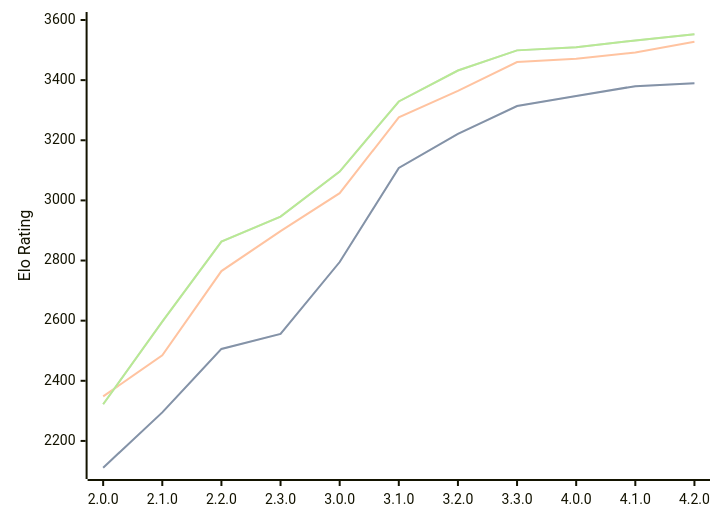
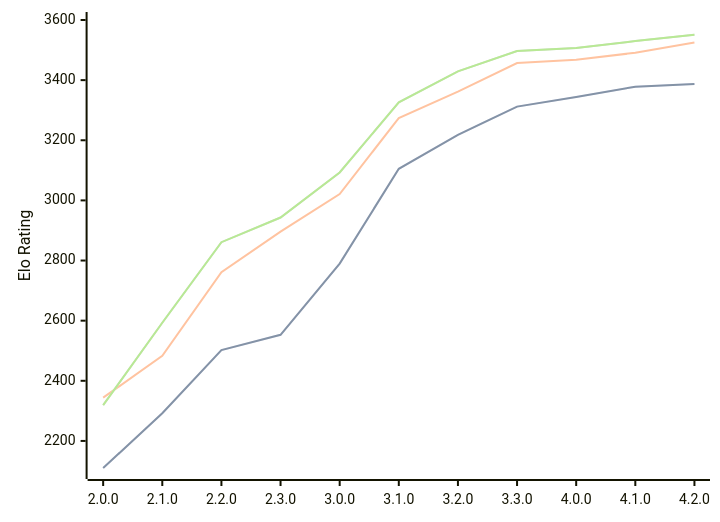
One commit to computer-chess-index/cci changed the diagram in engines/Raphael.md. Above: the diagram before and after it, drawn with Mermaid. The commit also changed other lines of this file, not shown here.

Commit message:
Update CCI Ratings (ELO VLTC) - 2026-08-12

````diff
--- a/engines/Raphael.md
+++ b/engines/Raphael.md
@@ -41,11 +41,11 @@
 ```mermaid
 %%{init: {"theme":"base","themeVariables":{"seriesColors:['#a3a3a3','#222221','#faa371']}}}%%
 xychart-beta
   x-axis ["2.0.0", "2.1.0", "2.2.0", "2.3.0", "3.0.0", "3.1.0", "3.2.0", "3.3.0", "4.0.0", "4.1.0", "4.2.0"]
   y-axis "Elo Rating" 2100 --> 3600
-  line "STC (8.0+0.08s)" [2111, 2295, 2506, 2556, 2795, 3108, 3221, 3314, 3347, 3380, 3390]
-  line "STC (8.0+0.08s)" [2111, 2295, 2506, 2556, 2795, 3108, 3221, 3314, 3347, 3380, 3390]
-  line "LTC (60.0+0.60s)" [2348, 2485, 2765, 2898, 3024, 3276, 3364, 3460, 3471, 3492, 3528]
-  line "VLTC (2m24s+1.12s)" [2322, 2597, 2863, 2946, 3096, 3329, 3432, 3499, 3509, 3532, 3553]
-  line "VLTC (2m24s+1.12s)" [2322, 2597, 2863, 2946, 3096, 3329, 3432, 3499, 3509, 3532, 3553]
+  line "STC (8.0+0.08s)" [2110, 2292, 2502, 2553, 2790, 3105, 3218, 3312, 3344, 3378, 3387]
+  line "STC (8.0+0.08s)" [2110, 2292, 2502, 2553, 2790, 3105, 3218, 3312, 3344, 3378, 3387]
+  line "LTC (60.0+0.60s)" [2344, 2483, 2761, 2896, 3021, 3274, 3362, 3457, 3468, 3491, 3525]
+  line "VLTC (2m24s+1.12s)" [2319, 2593, 2861, 2943, 3093, 3326, 3429, 3497, 3507, 3530, 3551]
+  line "VLTC (2m24s+1.12s)" [2319, 2593, 2861, 2943, 3093, 3326, 3429, 3497, 3507, 3530, 3551]
 ```
````
